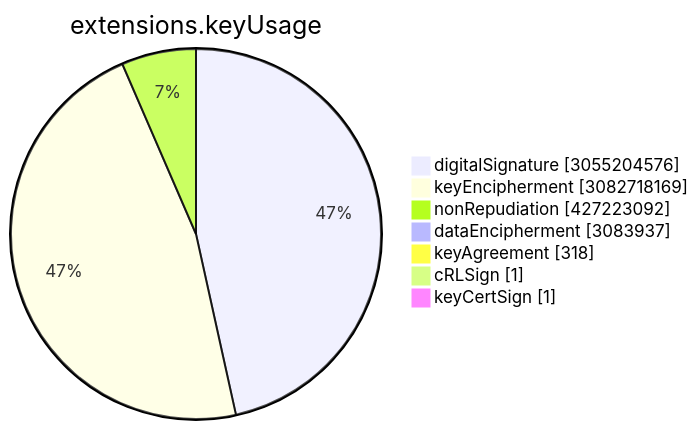
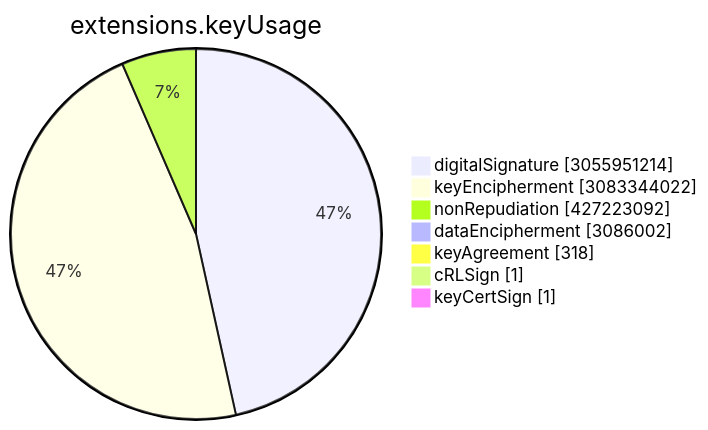
The sixth of 15 diagrams in TOTAL/README.md (christiankrug/ctmonitor_visualization), drawn with Mermaid before and after one commit. The commit also changed other lines of this file, not shown here.

````diff
--- a/TOTAL/README.md
+++ b/TOTAL/README.md
@@ -3075,11 +3075,11 @@
 ```mermaid
 pie showData
 title extensions.keyUsage
-"digitalSignature" :3055204576
-"keyEncipherment" :3082718169
+"digitalSignature" :3055951214
+"keyEncipherment" :3083344022
 "nonRepudiation" :427223092
-"dataEncipherment" :3083937
+"dataEncipherment" :3086002
 "keyAgreement" :318
 "cRLSign" :1
 "keyCertSign" :1
 ```
````
